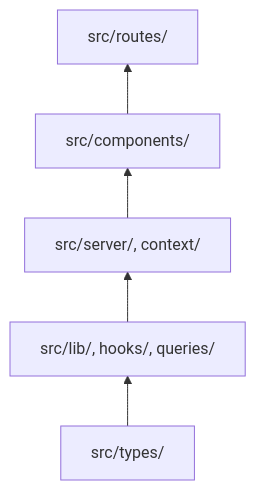
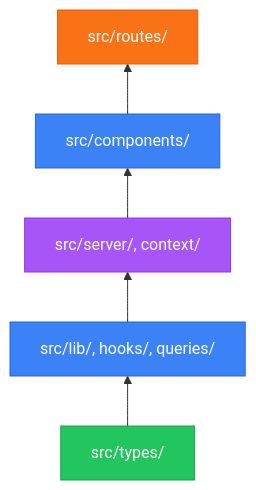
One commit to Natural-Highs/live changed the second of 6 diagrams in docs/project/00-overview.md. Above: the diagram before and after it, drawn with Mermaid. The commit also changed other lines of this file and 11 other files, not shown here.

````diff
--- a/docs/project/00-overview.md
+++ b/docs/project/00-overview.md
@@ -50,7 +63,13 @@
 ```mermaid
 flowchart BT
     TYPES["src/types/"] --> LIB["src/lib/, hooks/, queries/"]
     LIB --> SERVER["src/server/, context/"]
     SERVER --> COMP["src/components/"]
     COMP --> ROUTES["src/routes/"]
+
+    style TYPES fill:#22c55e,stroke:#16a34a,color:#fff
+    style LIB fill:#3b82f6,stroke:#2563eb,color:#fff
+    style SERVER fill:#a855f7,stroke:#9333ea,color:#fff
+    style COMP fill:#3b82f6,stroke:#2563eb,color:#fff
+    style ROUTES fill:#f97316,stroke:#ea580c,color:#fff
 ```
````
